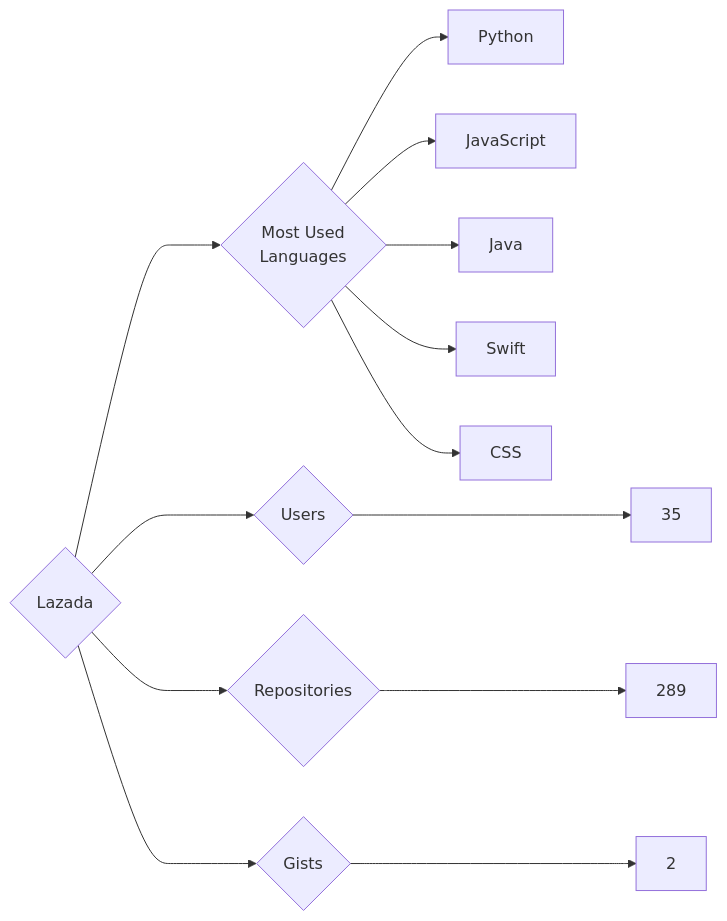
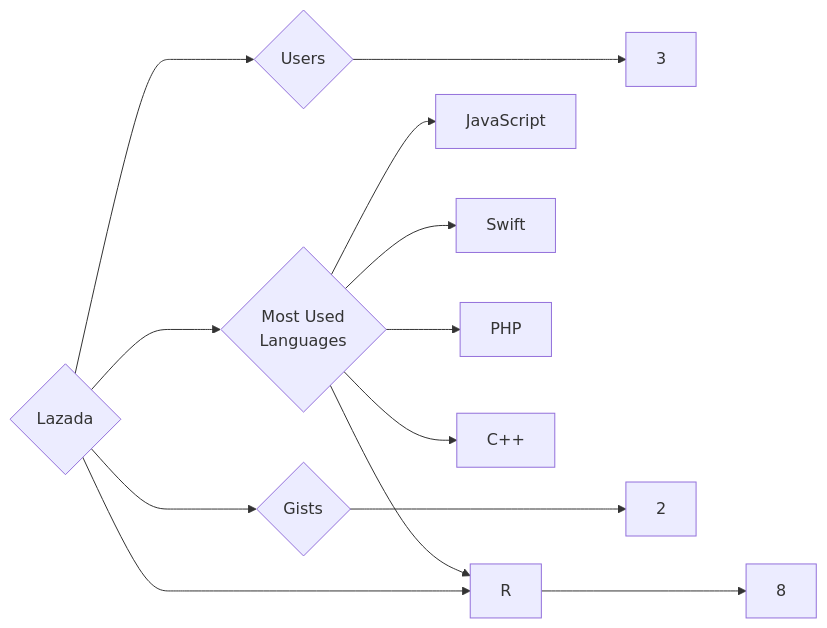
The diagram in targets/Lazada/README.md (trickest/insiders), drawn with Mermaid before and after one commit. The commit also changed 594 other files, not shown here.

````diff
--- a/targets/Lazada/README.md
+++ b/targets/Lazada/README.md
@@ -3,13 +3,13 @@
 ```mermaid
 graph LR
 COMPANY_NAME{Lazada}
-COMPANY_NAME ---> U{Users} ---> UN[35]
-COMPANY_NAME ---> R{Repositories} ---> RN[289]
+COMPANY_NAME ---> U{Users} ---> UN[3]
+COMPANY_NAME ---> R{Repositories} ---> RN[8]
 COMPANY_NAME ---> G{Gists} ---> GN[2]
 COMPANY_NAME ---> ML{Most Used<br>Languages}
-ML --> Python[Python]
 ML --> JavaScript[JavaScript]
-ML --> Java[Java]
 ML --> Swift[Swift]
-ML --> CSS[CSS]
+ML --> R[R]
+ML --> PHP[PHP]
+ML --> C++[C++]
 ```
````
